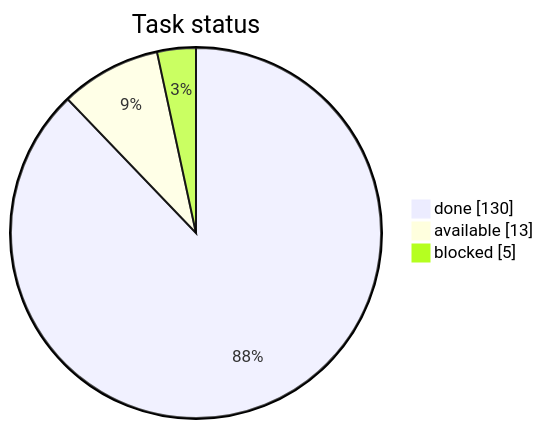
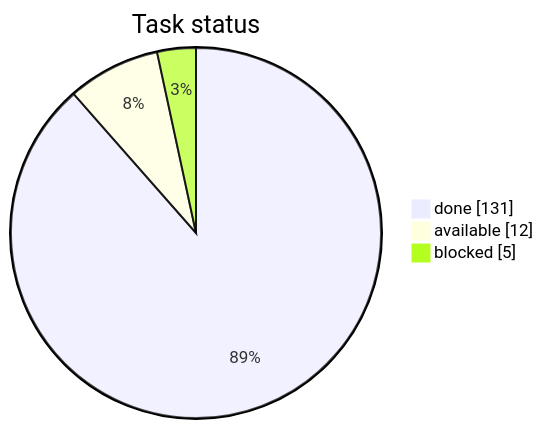
Before and after one commit to artemiiShabanov/RallyRivals: the first of 3 diagrams in STATUS.md, drawn with Mermaid. The commit also changed other lines of this file and 1 other file, not shown here.

````diff
--- a/STATUS.md
+++ b/STATUS.md
@@ -7,7 +7,7 @@
 ```mermaid
 pie showData
     title Task status
-    "done" : 130
-    "available" : 13
+    "done" : 131
+    "available" : 12
     "blocked" : 5
 ```
````
